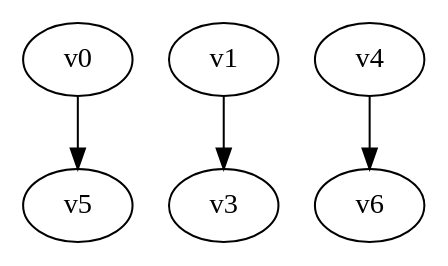
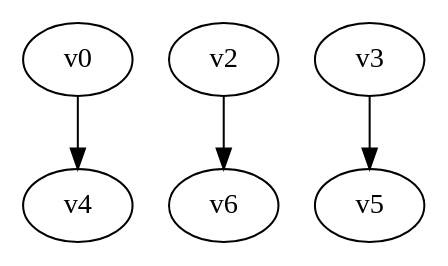
The diagram in digraph.dot (yadej/graph_project), drawn with Graphviz before and after one commit. The commit also changed 2 other files, not shown here.

```diff
--- a/digraph.dot
+++ b/digraph.dot
@@ -1,5 +1,5 @@
 digraph G { 
-v0 -> v5;
-v1 -> v3;
-v4 -> v6;
+v0 -> v4;
+v2 -> v6;
+v3 -> v5;
 }
```
